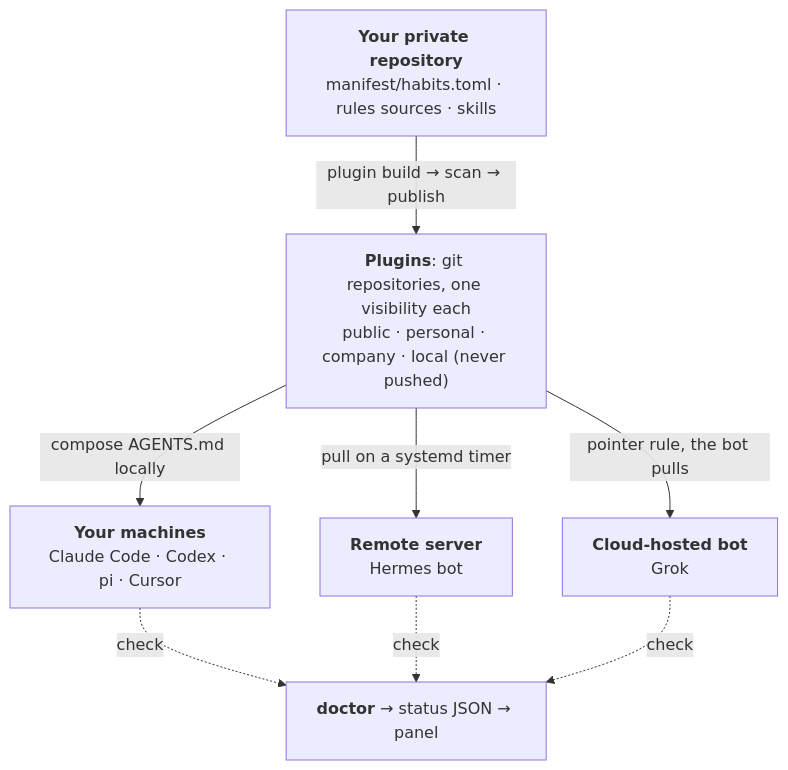
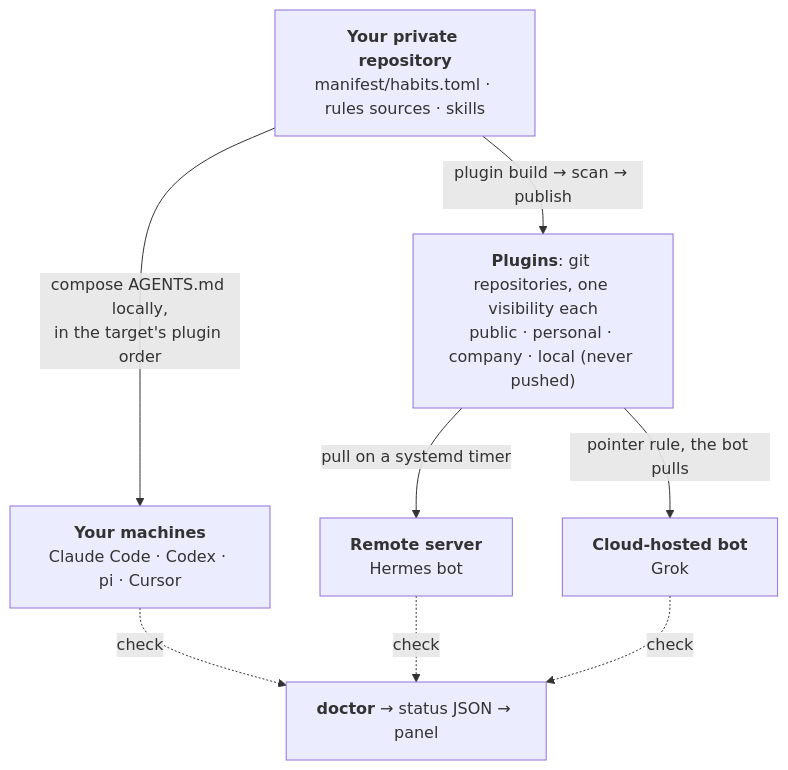
One commit to Adonis0123/agent-env changed the diagram in README.md. Above: the diagram before and after it, drawn with Mermaid. The commit also changed 4 other files, not shown here.

Commit message:
📝 docs: add architecture overview snapshot and align architecture notes with code

````diff
--- a/README.md
+++ b/README.md
@@ -25,17 +25,17 @@
 ```mermaid
 flowchart TB
   SRC["<b>Your private repository</b><br/>manifest/habits.toml · rules sources · skills"]
   PLG["<b>Plugins</b>: git repositories, one visibility each<br/>public · personal · company · local (never pushed)"]
   LAP["<b>Your machines</b><br/>Claude Code · Codex · pi · Cursor"]
   SRV["<b>Remote server</b><br/>Hermes bot"]
   BOT["<b>Cloud-hosted bot</b><br/>Grok"]
   DOC["<b>doctor</b> → status JSON → panel"]
 
   SRC -->|"plugin build → scan → publish"| PLG
-  PLG -->|"compose AGENTS.md locally"| LAP
+  SRC -->|"compose AGENTS.md locally,<br/>in the target's plugin order"| LAP
   PLG -->|"pull on a systemd timer"| SRV
   PLG -->|"pointer rule, the bot pulls"| BOT
   LAP -.->|check| DOC
   SRV -.->|check| DOC
   BOT -.->|check| DOC
 ```
````
